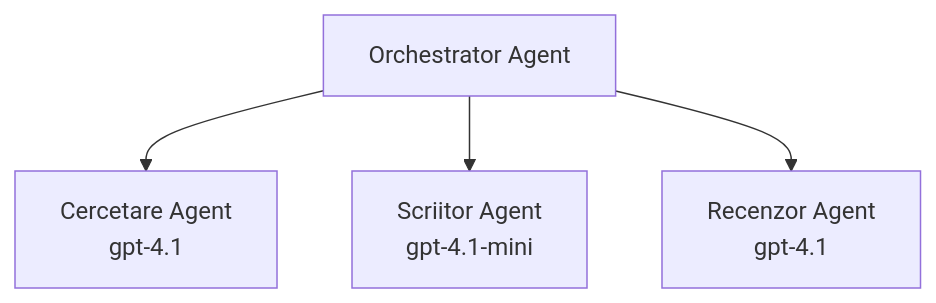
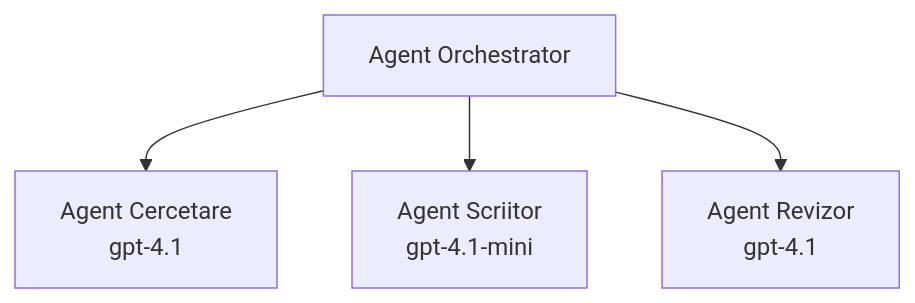
The third of 3 diagrams in translations/ro/docs/chapter-02-ai-development/agents.md (microsoft/AZD-for-beginners), drawn with Mermaid before and after one commit. The commit also changed other lines of this file and 104 other files, not shown here.

````diff
--- a/translations/ro/docs/chapter-02-ai-development/agents.md
+++ b/translations/ro/docs/chapter-02-ai-development/agents.md
@@ -194,6 +201,6 @@
 ```mermaid
 graph TD
-    Orchestrator[Orchestrator Agent] --> Research[Cercetare Agent<br/>gpt-4.1]
-    Orchestrator --> Writer[Scriitor Agent<br/>gpt-4.1-mini]
-    Orchestrator --> Reviewer[Recenzor Agent<br/>gpt-4.1]
+    Orchestrator[Agent Orchestrator] --> Research[Agent Cercetare<br/>gpt-4.1]
+    Orchestrator --> Writer[Agent Scriitor<br/>gpt-4.1-mini]
+    Orchestrator --> Reviewer[Agent Revizor<br/>gpt-4.1]
 ```
````
